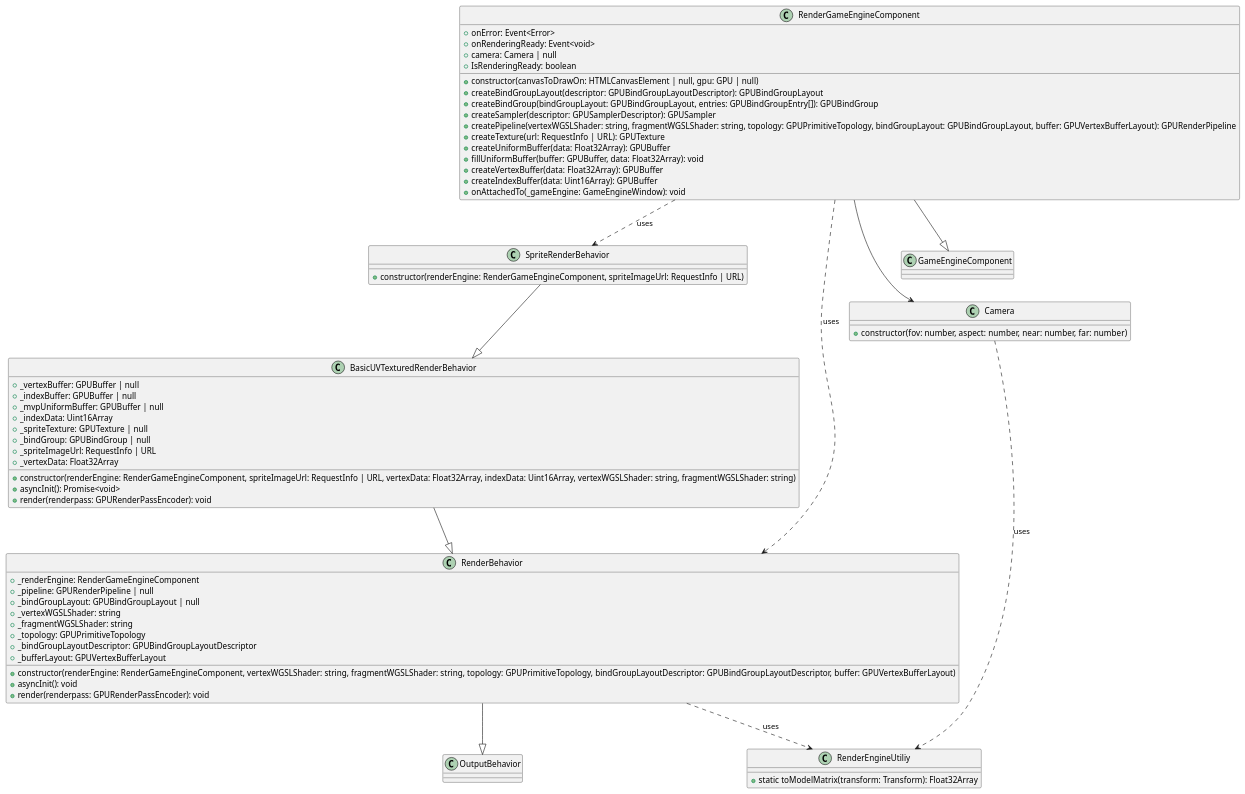
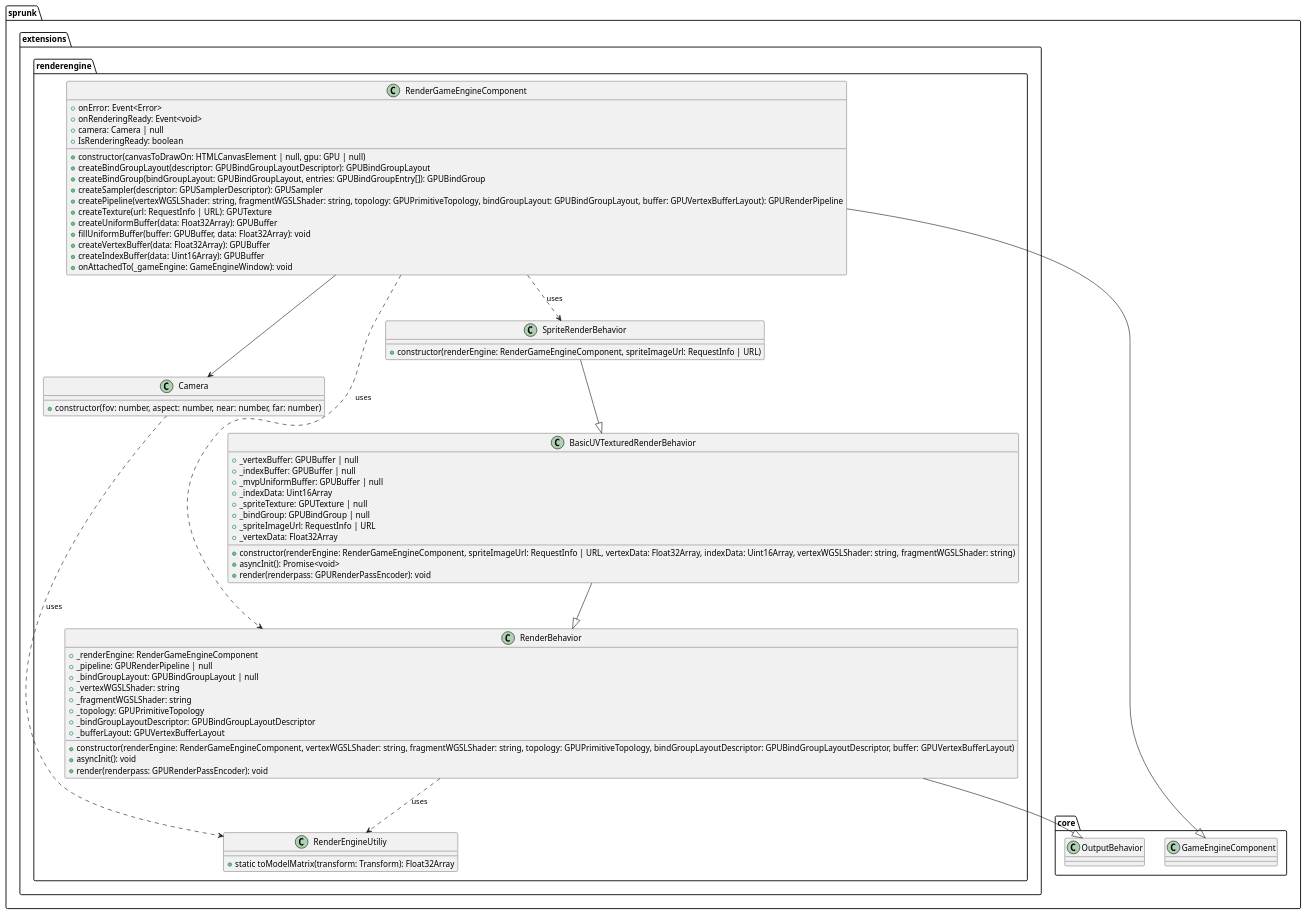
One commit to CPNV-ES/game-engine changed the diagram in doc/extensions/render-engine/class-diagram.puml. Above: the diagram before and after it, drawn with PlantUML.

Commit message:
chore: add class-diagram.puml of RenderEngine extension

```diff
--- a/doc/extensions/render-engine/class-diagram.puml
+++ b/doc/extensions/render-engine/class-diagram.puml
@@ -1,72 +1,79 @@
 @startuml
 
+package sprunk.core{
+    class OutputBehavior
+    class GameEngineComponent
+}
+
+package sprunk.extensions.renderengine {
 class RenderGameEngineComponent {
   +onError: Event<Error>
   +onRenderingReady: Event<void>
   +camera: Camera | null
   +IsRenderingReady: boolean
   +constructor(canvasToDrawOn: HTMLCanvasElement | null, gpu: GPU | null)
   +createBindGroupLayout(descriptor: GPUBindGroupLayoutDescriptor): GPUBindGroupLayout
   +createBindGroup(bindGroupLayout: GPUBindGroupLayout, entries: GPUBindGroupEntry[]): GPUBindGroup
   +createSampler(descriptor: GPUSamplerDescriptor): GPUSampler
   +createPipeline(vertexWGSLShader: string, fragmentWGSLShader: string, topology: GPUPrimitiveTopology, bindGroupLayout: GPUBindGroupLayout, buffer: GPUVertexBufferLayout): GPURenderPipeline
   +createTexture(url: RequestInfo | URL): GPUTexture
   +createUniformBuffer(data: Float32Array): GPUBuffer
   +fillUniformBuffer(buffer: GPUBuffer, data: Float32Array): void
   +createVertexBuffer(data: Float32Array): GPUBuffer
   +createIndexBuffer(data: Uint16Array): GPUBuffer
   +onAttachedTo(_gameEngine: GameEngineWindow): void
 }
 
 class SpriteRenderBehavior {
   +constructor(renderEngine: RenderGameEngineComponent, spriteImageUrl: RequestInfo | URL)
 }
 
 class RenderEngineUtiliy {
   +static toModelMatrix(transform: Transform): Float32Array
 }
 
 class RenderBehavior {
   +_renderEngine: RenderGameEngineComponent
   +_pipeline: GPURenderPipeline | null
   +_bindGroupLayout: GPUBindGroupLayout | null
   +_vertexWGSLShader: string
   +_fragmentWGSLShader: string
   +_topology: GPUPrimitiveTopology
   +_bindGroupLayoutDescriptor: GPUBindGroupLayoutDescriptor
   +_bufferLayout: GPUVertexBufferLayout
   +constructor(renderEngine: RenderGameEngineComponent, vertexWGSLShader: string, fragmentWGSLShader: string, topology: GPUPrimitiveTopology, bindGroupLayoutDescriptor: GPUBindGroupLayoutDescriptor, buffer: GPUVertexBufferLayout)
   +asyncInit(): void
   +render(renderpass: GPURenderPassEncoder): void
 }
 
 class Camera {
   +constructor(fov: number, aspect: number, near: number, far: number)
 }
 
 class BasicUVTexturedRenderBehavior {
   +_vertexBuffer: GPUBuffer | null
   +_indexBuffer: GPUBuffer | null
   +_mvpUniformBuffer: GPUBuffer | null
   +_indexData: Uint16Array
   +_spriteTexture: GPUTexture | null
   +_bindGroup: GPUBindGroup | null
   +_spriteImageUrl: RequestInfo | URL
   +_vertexData: Float32Array
   +constructor(renderEngine: RenderGameEngineComponent, spriteImageUrl: RequestInfo | URL, vertexData: Float32Array, indexData: Uint16Array, vertexWGSLShader: string, fragmentWGSLShader: string)
   +asyncInit(): Promise<void>
   +render(renderpass: GPURenderPassEncoder): void
 }
 
 RenderGameEngineComponent --|> GameEngineComponent
 RenderBehavior --|> OutputBehavior
 SpriteRenderBehavior --|> BasicUVTexturedRenderBehavior
 BasicUVTexturedRenderBehavior --|> RenderBehavior
 
 RenderGameEngineComponent --> Camera
 RenderGameEngineComponent ..> RenderBehavior : "uses"
 RenderGameEngineComponent ..> SpriteRenderBehavior : "uses"
 RenderBehavior ..> RenderEngineUtiliy : "uses"
 Camera ..> RenderEngineUtiliy : "uses"
+}
 
 @enduml
```
